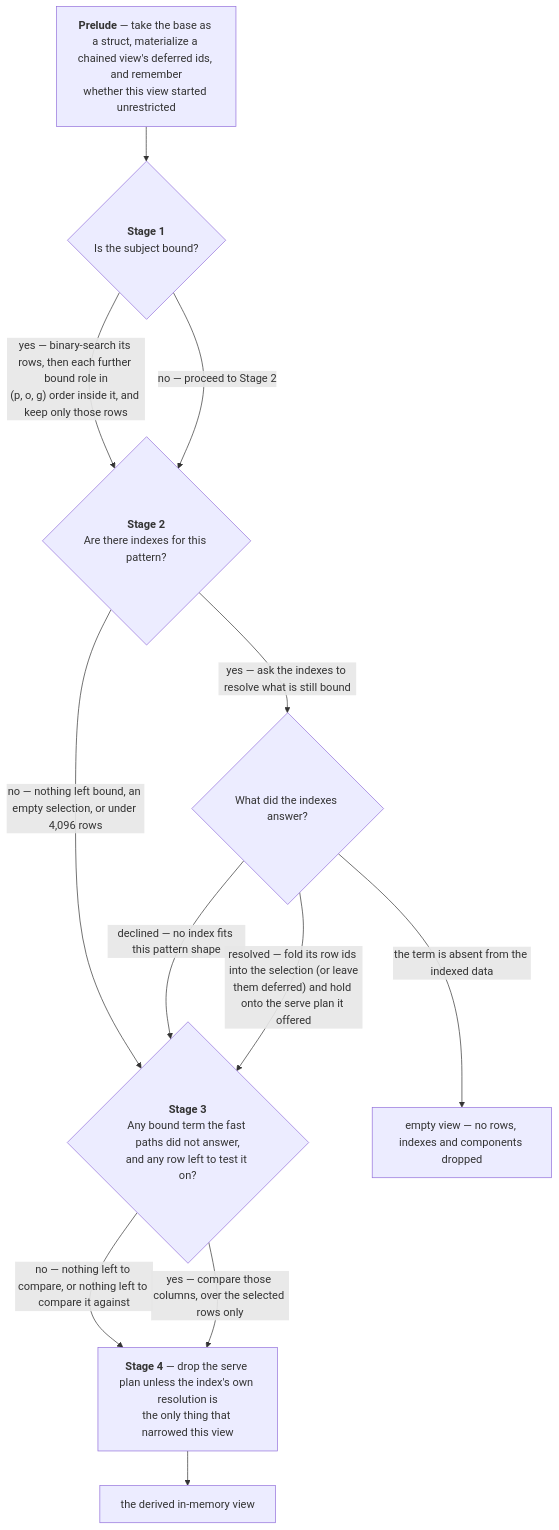
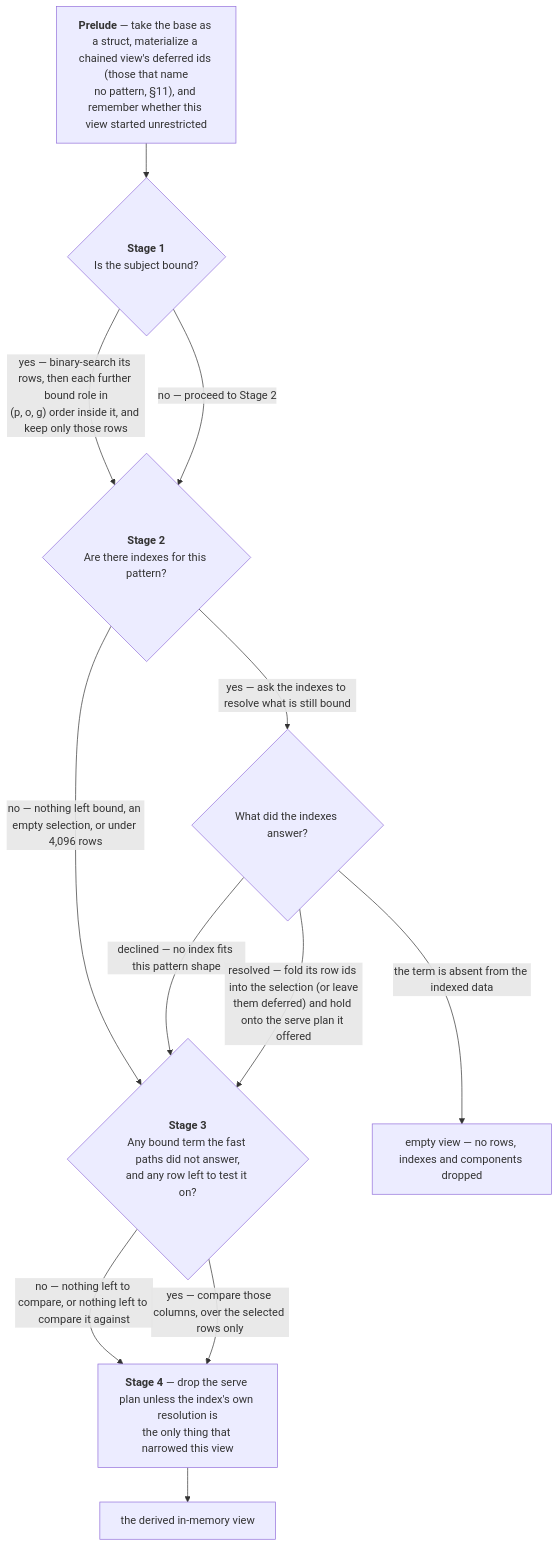
The third of 5 diagrams in docs/matching.md (vortex-rdf/vortex-rdf), drawn with Mermaid before and after one commit. The commit also changed other lines of this file and 7 other files, not shown here.

````diff
--- a/docs/matching.md
+++ b/docs/matching.md
@@ -235,25 +235,25 @@
 ```mermaid
 flowchart TD
-    S0["<b>Prelude</b> — take the base as a struct, materialize a chained view's deferred ids, and remember<br/>whether this view started unrestricted"] --> S1
+    S0["<b>Prelude</b> — take the base as a struct, materialize a chained view's deferred ids (those that name<br/>no pattern, §11), and remember whether this view started unrestricted"] --> S1
 
     S1{"<b>Stage 1</b><br/>Is the subject bound?"}
     S1 -- "yes — binary-search its rows, then each further bound role in<br/>(p, o, g) order inside it, and keep only those rows" --> S2
     S1 -- "no — proceed to Stage 2" --> S2
 
     S2{"<b>Stage 2</b><br/>Are there indexes for this pattern?<br/>"}
     S2 -- "no — nothing left bound, an empty selection, or under 4,096 rows" --> S3
     S2 -- "yes — ask the indexes to resolve what is still bound" --> S2r
 
     S2r{"What did the indexes answer?"}
     S2r -- "the term is absent from the indexed data" --> X
     S2r -- "declined — no index fits this pattern shape" --> S3
     S2r -- "resolved — fold its row ids into the selection (or leave<br/>them deferred) and hold onto the serve plan it offered" --> S3
 
     S3{"<b>Stage 3</b><br/>Any bound term the fast paths did not answer,<br/>and any row left to test it on?"}
     S3 -- "no — nothing left to compare, or nothing left to compare it against" --> S4
     S3 -- "yes — compare those columns, over the selected rows only" --> S4
 
     S4["<b>Stage 4</b> — drop the serve plan unless the index's own resolution is<br/>the only thing that narrowed this view"] --> S5["the derived in-memory view"]
 
     X["empty view — no rows, indexes and components dropped"]
 ```
````
